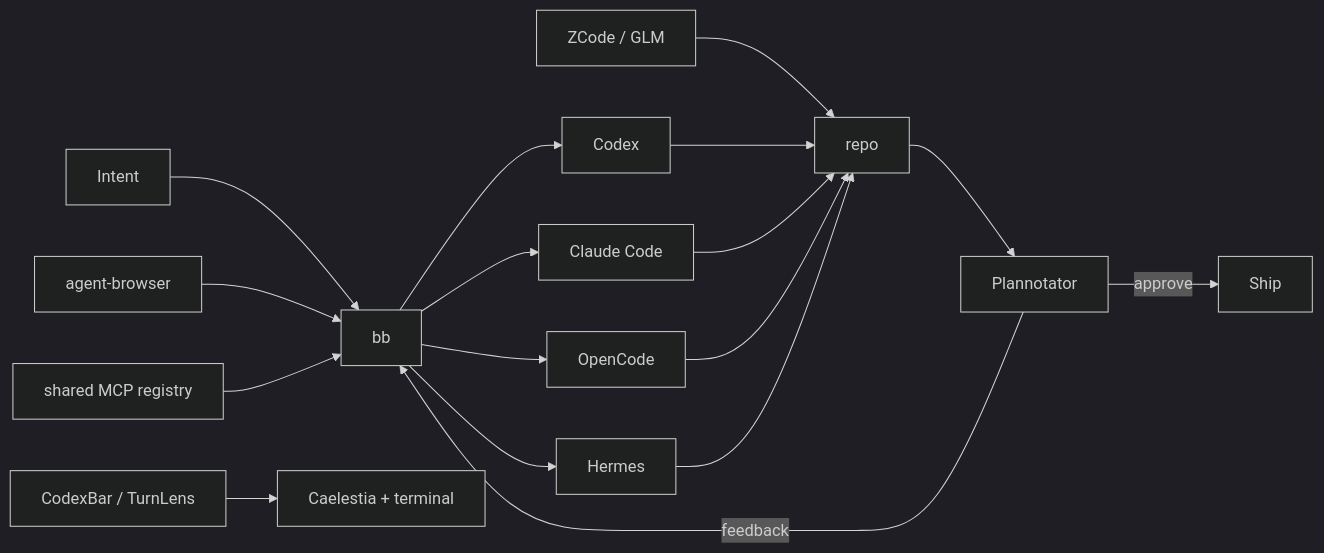
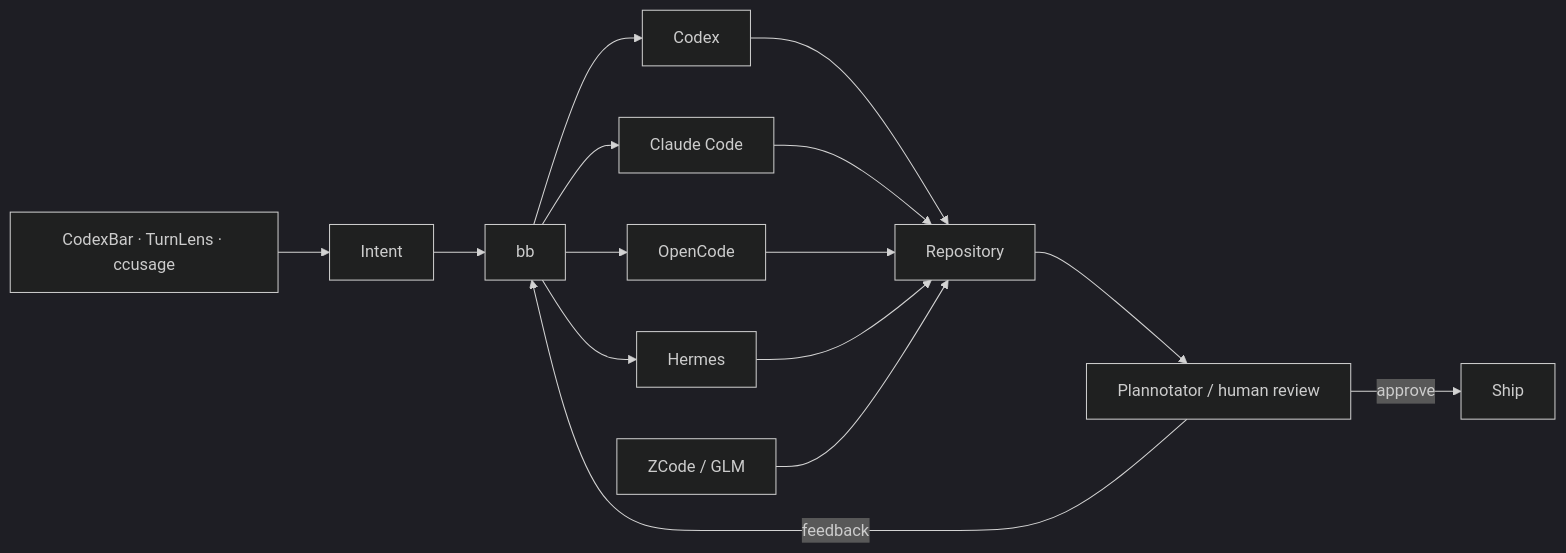
Before and after one commit to OnurByte/nix-config: the diagram in README.md, drawn with Mermaid (dark theme). The commit also changed other lines of this file, not shown here.

````diff
--- a/README.md
+++ b/README.md
@@ -51,22 +130,20 @@
 ```mermaid
 flowchart LR
-    Intent[Intent] --> BB[bb]
+    Human[Intent] --> BB[bb]
     BB --> Codex[Codex]
     BB --> Claude[Claude Code]
     BB --> OpenCode[OpenCode]
     BB --> Hermes[Hermes]
-    GLM[ZCode / GLM] --> Work[repo]
 
-    Codex --> Work
-    Claude --> Work
-    OpenCode --> Work
-    Hermes --> Work
+    Codex --> Repo[Repository]
+    Claude --> Repo
+    OpenCode --> Repo
+    Hermes --> Repo
+    ZCode[ZCode / GLM] --> Repo
 
-    Work --> Review[Plannotator]
+    Repo --> Review[Plannotator / human review]
     Review -->|approve| Ship[Ship]
     Review -->|feedback| BB
 
-    Browser[agent-browser] --> BB
-    MCP[shared MCP registry] --> BB
-    Usage[CodexBar / TurnLens] --> Shell[Caelestia + terminal]
+    Usage[CodexBar · TurnLens · ccusage] --> Human
 ```
````
